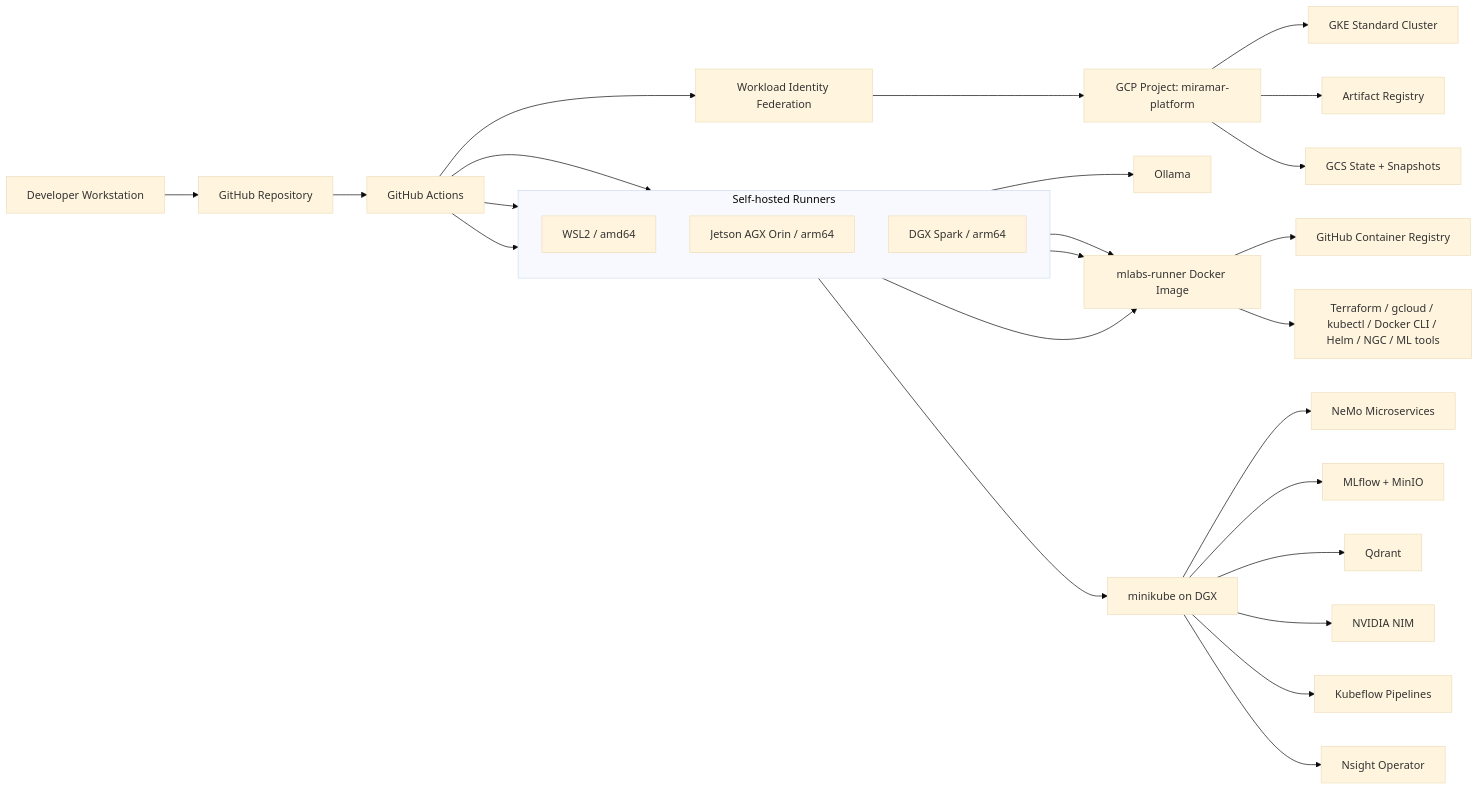
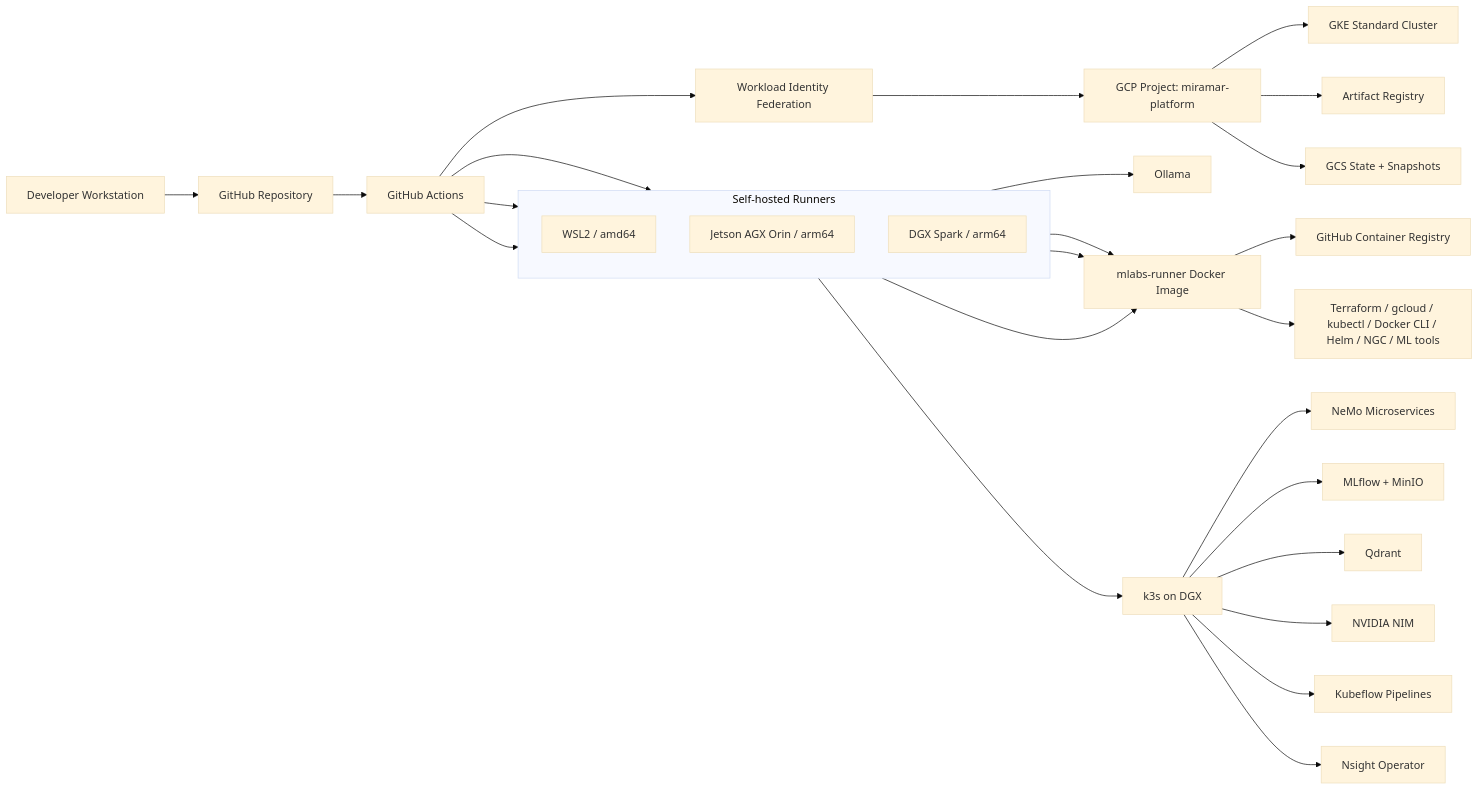
One commit to miramar-labs-org/miramar-platform-gcp changed the diagram in README.md. Above: the diagram before and after it, drawn with Mermaid (base theme). The commit also changed other lines of this file and 17 other files, not shown here.

````diff
--- a/README.md
+++ b/README.md
@@ -19,40 +19,40 @@
 ```mermaid
 flowchart LR
     Dev[Developer Workstation] --> GH[GitHub Repository]
     GH --> GHA[GitHub Actions]
 
     subgraph runners[Self-hosted Runners]
         direction TB
         WSL2[WSL2 / amd64]
         AGX[Jetson AGX Orin / arm64]
         DGX[DGX Spark / arm64]
     end
 
     GHA --> WSL2
     GHA --> AGX
     GHA --> DGX
 
     WSL2 --> RunnerImage[mlabs-runner Docker Image]
     AGX --> RunnerImage
     DGX --> RunnerImage
 
     RunnerImage --> GHCR[GitHub Container Registry]
     RunnerImage --> Tools[Terraform / gcloud / kubectl / Docker CLI / Helm / NGC / ML tools]
 
     DGX --> Ollama[Ollama]
 
     GHA --> WIF[Workload Identity Federation]
     WIF --> GCP[GCP Project: miramar-platform]
 
     GCP --> GKE[GKE Standard Cluster]
     GCP --> GAR[Artifact Registry]
     GCP --> GCS[GCS State + Snapshots]
 
-    DGX --> Mini[minikube on DGX]
-    Mini --> Nemo[NeMo Microservices]
-    Mini --> MLflow[MLflow + MinIO]
-    Mini --> Qdrant[Qdrant]
-    Mini --> NIM[NVIDIA NIM]
-    Mini --> KFP[Kubeflow Pipelines]
-    Mini --> NsightOp[Nsight Operator]
+    DGX --> K3s[k3s on DGX]
+    K3s --> Nemo[NeMo Microservices]
+    K3s --> MLflow[MLflow + MinIO]
+    K3s --> Qdrant[Qdrant]
+    K3s --> NIM[NVIDIA NIM]
+    K3s --> KFP[Kubeflow Pipelines]
+    K3s --> NsightOp[Nsight Operator]
 ```
````
